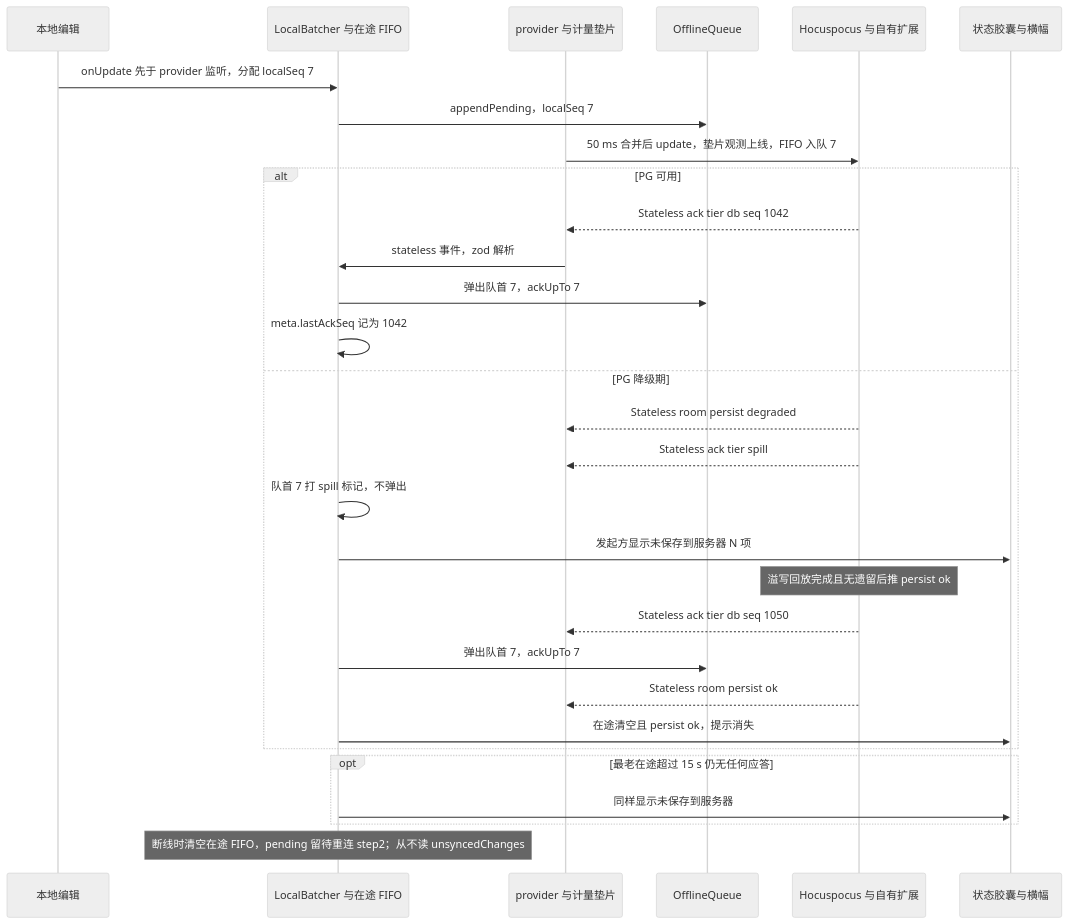
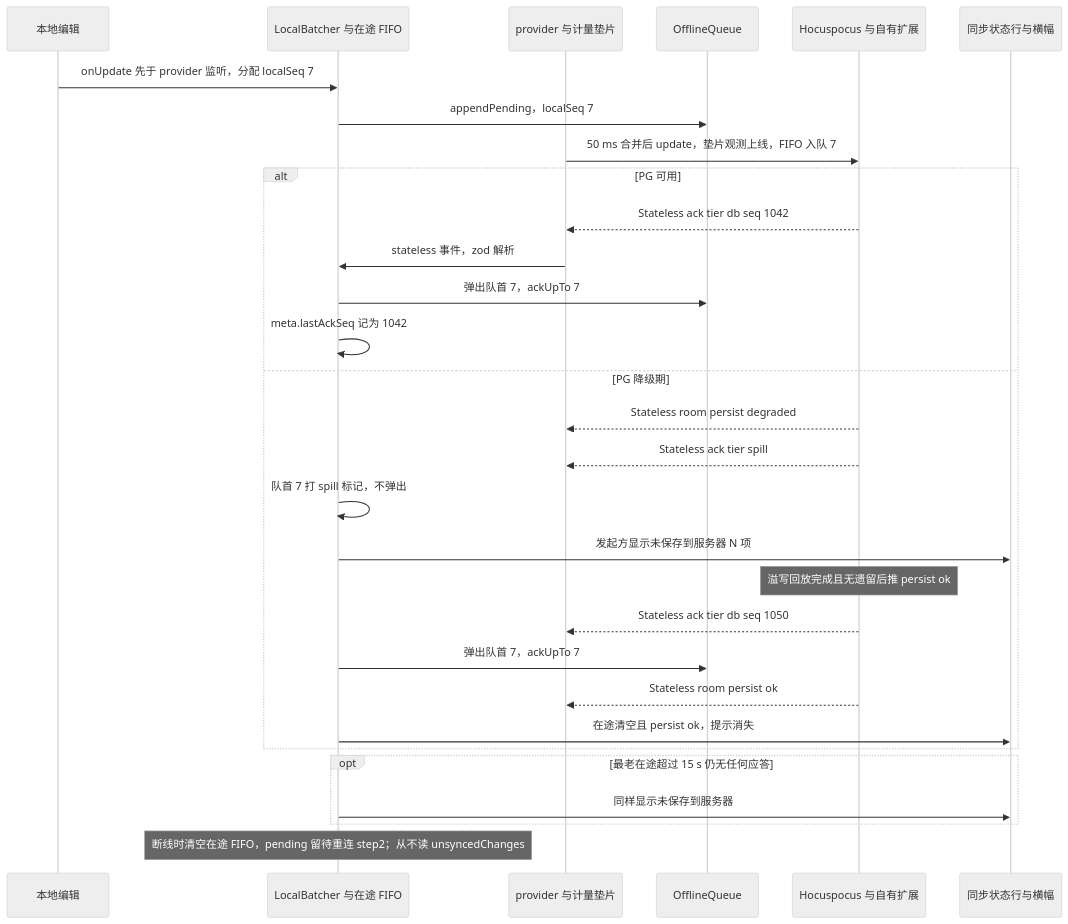
Before and after one commit to Xeonice/cordis-ppt-editor: the seventh of 14 diagrams in docs/50-frontend/07-collaboration-client.md, drawn with Mermaid (neutral theme). The commit also changed other lines of this file and 25 other files, not shown here.

````diff
--- a/docs/50-frontend/07-collaboration-client.md
+++ b/docs/50-frontend/07-collaboration-client.md
@@ -364,32 +370,32 @@
 ```mermaid
 sequenceDiagram
   participant E as 本地编辑
   participant LB as LocalBatcher 与在途 FIFO
   participant PV as provider 与计量垫片
   participant OQ as OfflineQueue
   participant R as Hocuspocus 与自有扩展
-  participant UI as 状态胶囊与横幅
+  participant UI as 同步状态行与横幅
   E->>LB: onUpdate 先于 provider 监听，分配 localSeq 7
   LB->>OQ: appendPending，localSeq 7
   PV->>R: 50 ms 合并后 update，垫片观测上线，FIFO 入队 7
   alt PG 可用
     R-->>PV: Stateless ack tier db seq 1042
     PV->>LB: stateless 事件，zod 解析
     LB->>OQ: 弹出队首 7，ackUpTo 7
     LB->>LB: meta.lastAckSeq 记为 1042
   else PG 降级期
     R-->>PV: Stateless room persist degraded
     R-->>PV: Stateless ack tier spill
     LB->>LB: 队首 7 打 spill 标记，不弹出
     LB->>UI: 发起方显示未保存到服务器 N 项
     Note over R: 溢写回放完成且无遗留后推 persist ok
     R-->>PV: Stateless ack tier db seq 1050
     LB->>OQ: 弹出队首 7，ackUpTo 7
     R-->>PV: Stateless room persist ok
     LB->>UI: 在途清空且 persist ok，提示消失
   end
   opt 最老在途超过 15 s 仍无任何应答
     LB->>UI: 同样显示未保存到服务器
   end
   Note over LB: 断线时清空在途 FIFO，pending 留待重连 step2；从不读 unsyncedChanges
 ```
````
